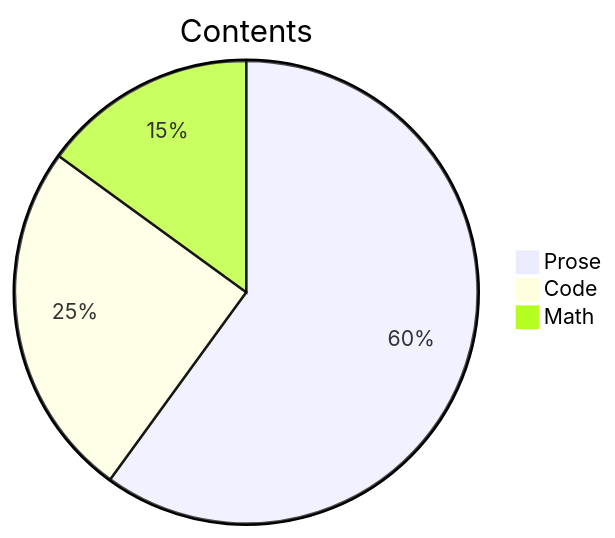
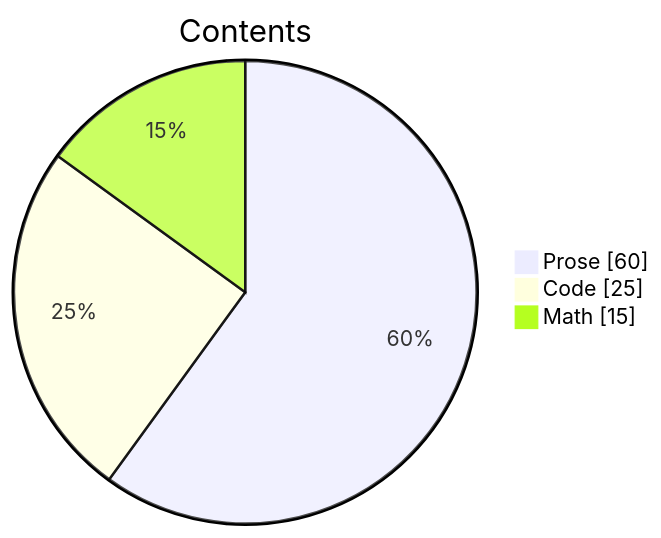
Before and after one commit to garlab/plastext: the eighth of 14 diagrams in docs/fixtures/mermaid.md, drawn with Mermaid. The commit also changed other lines of this file and 2 other files, not shown here.

First line of the commit message:
Exercise expanded shared Mermaid rendering

````diff
--- a/docs/fixtures/mermaid.md
+++ b/docs/fixtures/mermaid.md
@@ -70,6 +91,7 @@
 ```mermaid
-pie title Contents
+pie showData
+    title Contents
     "Prose" : 60
     "Code" : 25
     "Math" : 15
 ```
````
